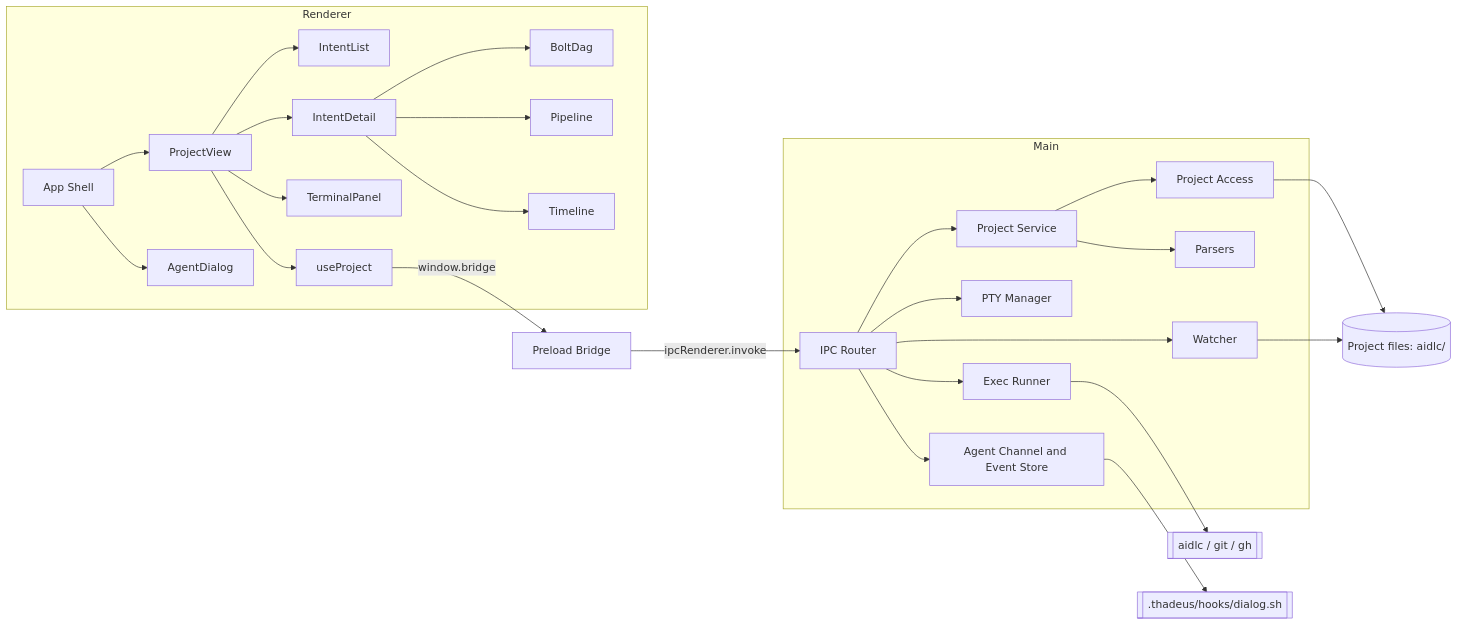
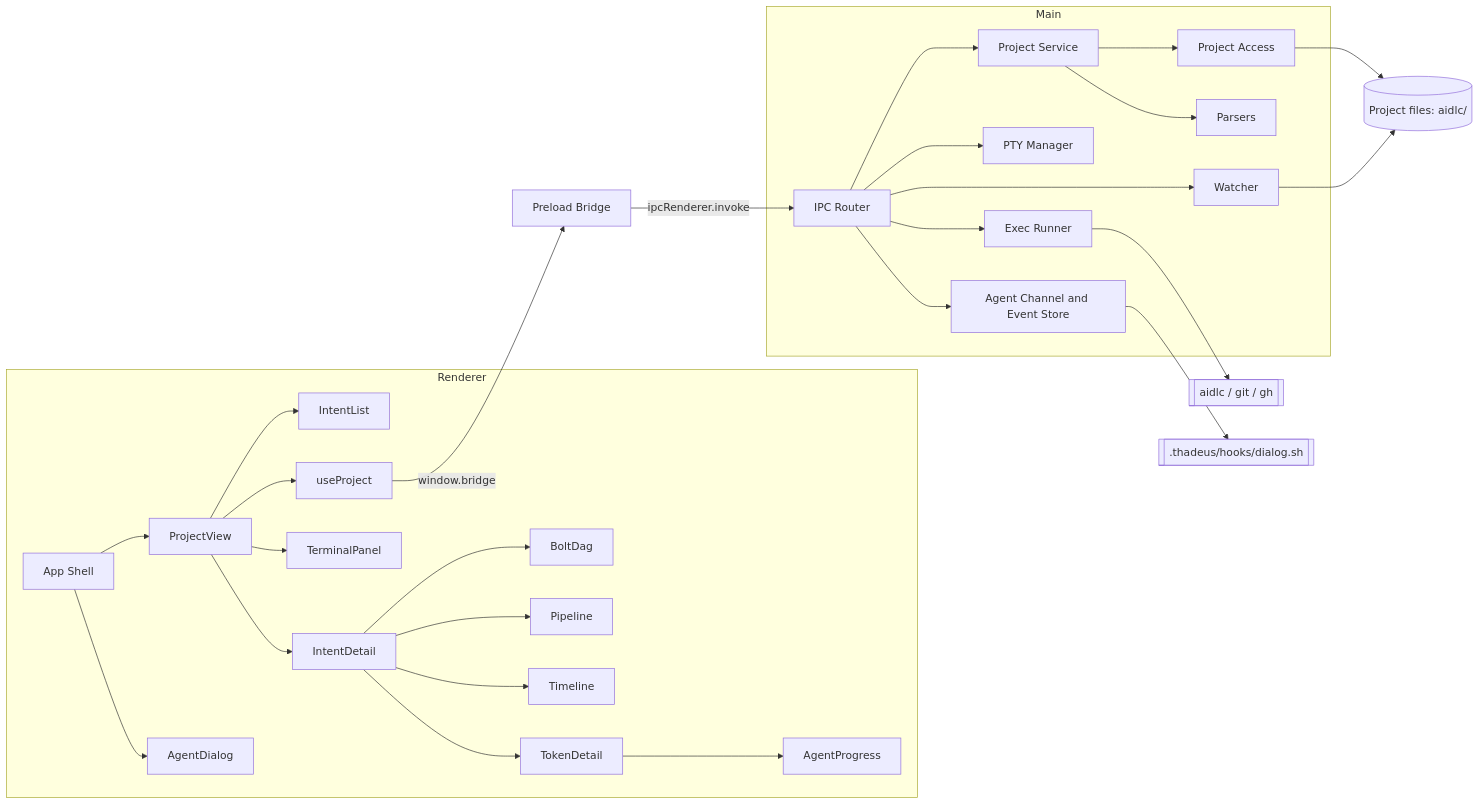
The first of 4 diagrams in aidlc/spaces/default/codekb/aidlc-dash/architecture.md (tochman/ai-dlc-thadeus), drawn with Mermaid before and after one commit. The commit also changed other lines of this file and 55 other files, not shown here.

````diff
--- a/aidlc/spaces/default/codekb/aidlc-dash/architecture.md
+++ b/aidlc/spaces/default/codekb/aidlc-dash/architecture.md
@@ -22,29 +22,31 @@
 ```mermaid
 flowchart LR
   subgraph Renderer
     App[App Shell] --> PV[ProjectView]
     PV --> IL[IntentList]
     PV --> ID[IntentDetail]
     ID --> BD[BoltDag]
     ID --> PL[Pipeline]
     ID --> TL[Timeline]
+    ID --> TD[TokenDetail]
+    TD --> AP[AgentProgress]
     PV --> TP[TerminalPanel]
     PV --> UP[useProject]
     App --> AD[AgentDialog]
   end
   UP -->|window.bridge| PB[Preload Bridge]
   PB -->|ipcRenderer.invoke| IPC[IPC Router]
   subgraph Main
     IPC --> PS[Project Service]
     PS --> PA[Project Access]
     PS --> PR[Parsers]
     IPC --> W[Watcher]
     IPC --> PTY[PTY Manager]
     IPC --> EX[Exec Runner]
     IPC --> AG[Agent Channel and Event Store]
   end
   PA --> FS[(Project files: aidlc/)]
   W --> FS
   EX --> CLI[[aidlc / git / gh]]
   AG --> HK[[.thadeus/hooks/dialog.sh]]
 ```
````
